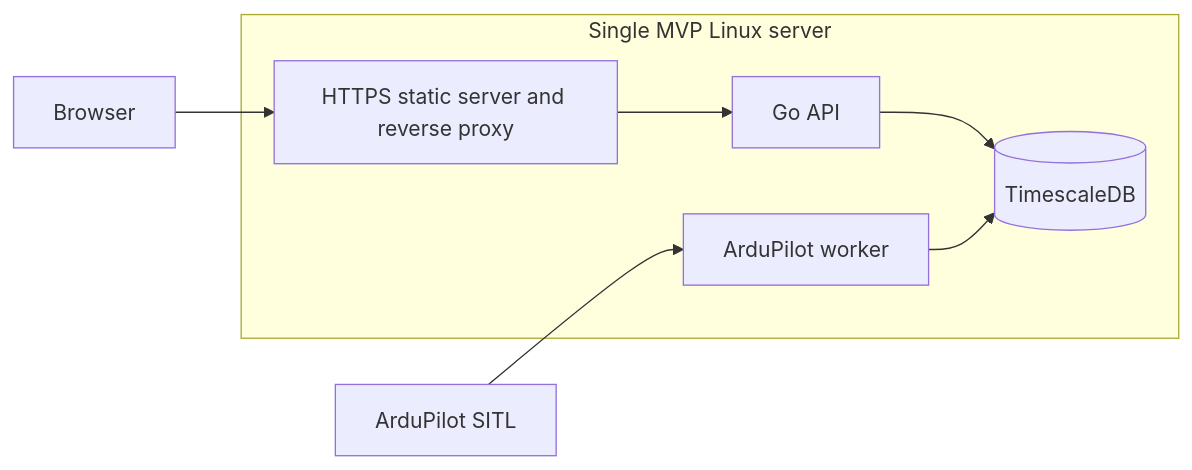
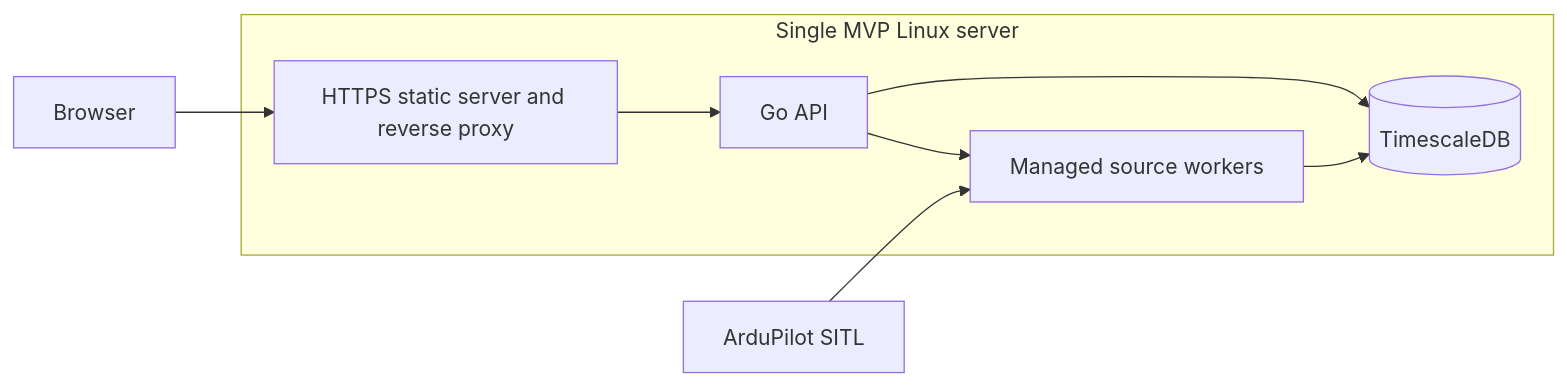
One commit to omarzayedbeshir/drone-fleet-management changed the diagram in docs/ARCHITECTURE.md. Above: the diagram before and after it, drawn with Mermaid. The commit also changed other lines of this file and 55 other files, not shown here.

````diff
--- a/docs/ARCHITECTURE.md
+++ b/docs/ARCHITECTURE.md
@@ -20,10 +20,11 @@
 ```mermaid
 flowchart LR
     browser[Browser] --> proxy[HTTPS static server and reverse proxy]
     subgraph host[Single MVP Linux server]
         proxy --> api[Go API]
         api --> db[(TimescaleDB)]
-        worker[ArduPilot worker] --> db
+        api --> worker[Managed source workers]
+        worker --> db
     end
     sitl[ArduPilot SITL] --> worker
 ```
````
